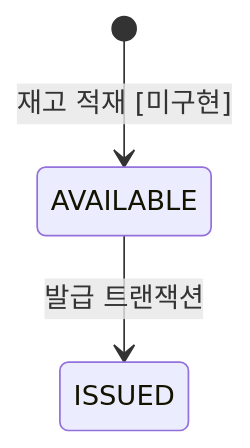
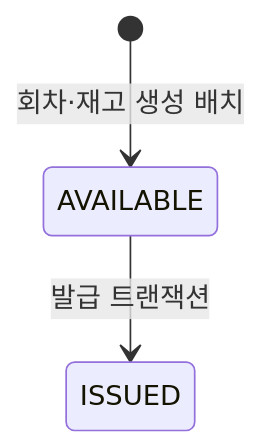
The third of 6 diagrams in docs/design/coupon/coupon_구조와_동작_설계.md (lunch-catch/lc-backend), drawn with Mermaid before and after one commit. The commit also changed other lines of this file and 31 other files, not shown here.

````diff
--- a/docs/design/coupon/coupon_구조와_동작_설계.md
+++ b/docs/design/coupon/coupon_구조와_동작_설계.md
@@ -227,5 +228,5 @@
 ```mermaid
 stateDiagram-v2
-    [*] --> AVAILABLE: 재고 적재 [미구현]
+    [*] --> AVAILABLE: 회차·재고 생성 배치
     AVAILABLE --> ISSUED: 발급 트랜잭션
 ```
````
